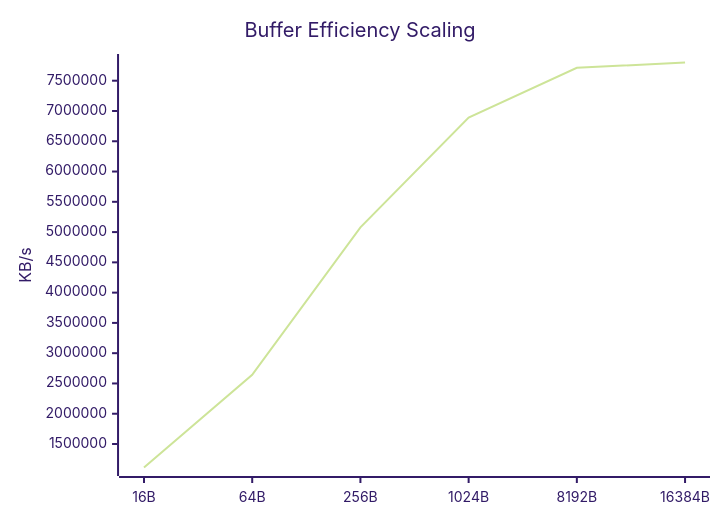
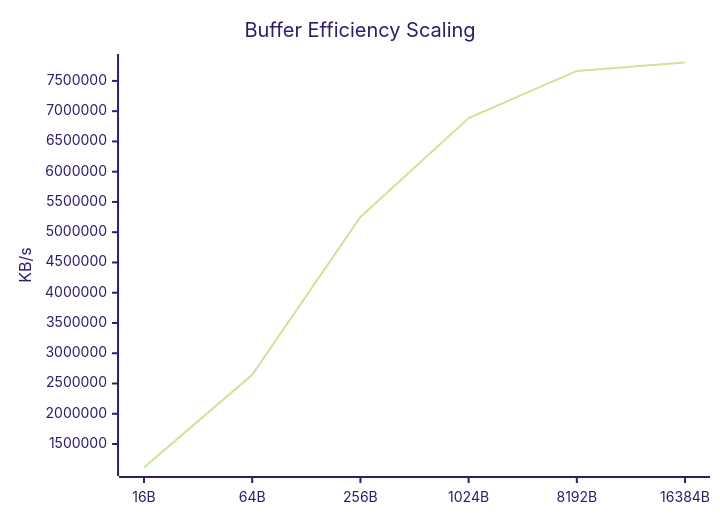
One commit to taha2samy/openssl_fips changed the eighth of 9 diagrams in docs/Comparison_Report.md. Above: the diagram before and after it, drawn with Mermaid (forest theme). The commit also changed other lines of this file and 2 other files, not shown here.

````diff
--- a/docs/Comparison_Report.md
+++ b/docs/Comparison_Report.md
@@ -118,7 +118,7 @@
 ```mermaid
 xychart-beta
     title "Buffer Efficiency Scaling"
     x-axis [16B, 64B, 256B, 1024B, 8192B, 16384B]
     y-axis "KB/s"
-    line [1112088.46, 2643482.69, 5078371.07, 6890775.04, 7713423.36, 7800651.78]
+    line [1112130.53, 2643691.52, 5251316.74, 6885137.92, 7664545.79, 7804092.42]
 ```
````
